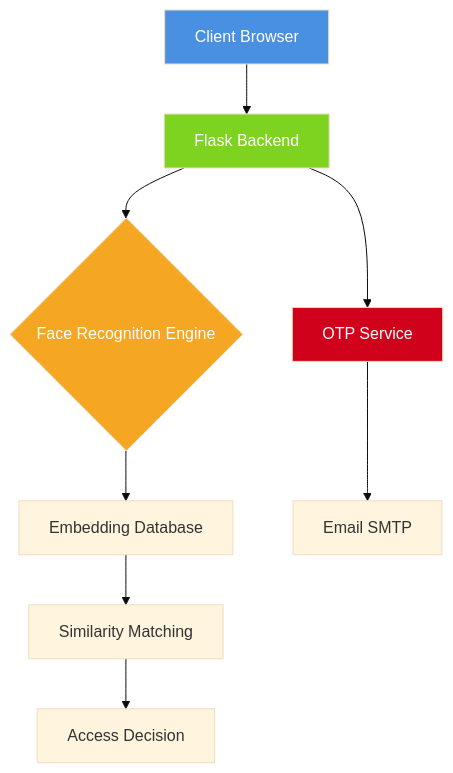
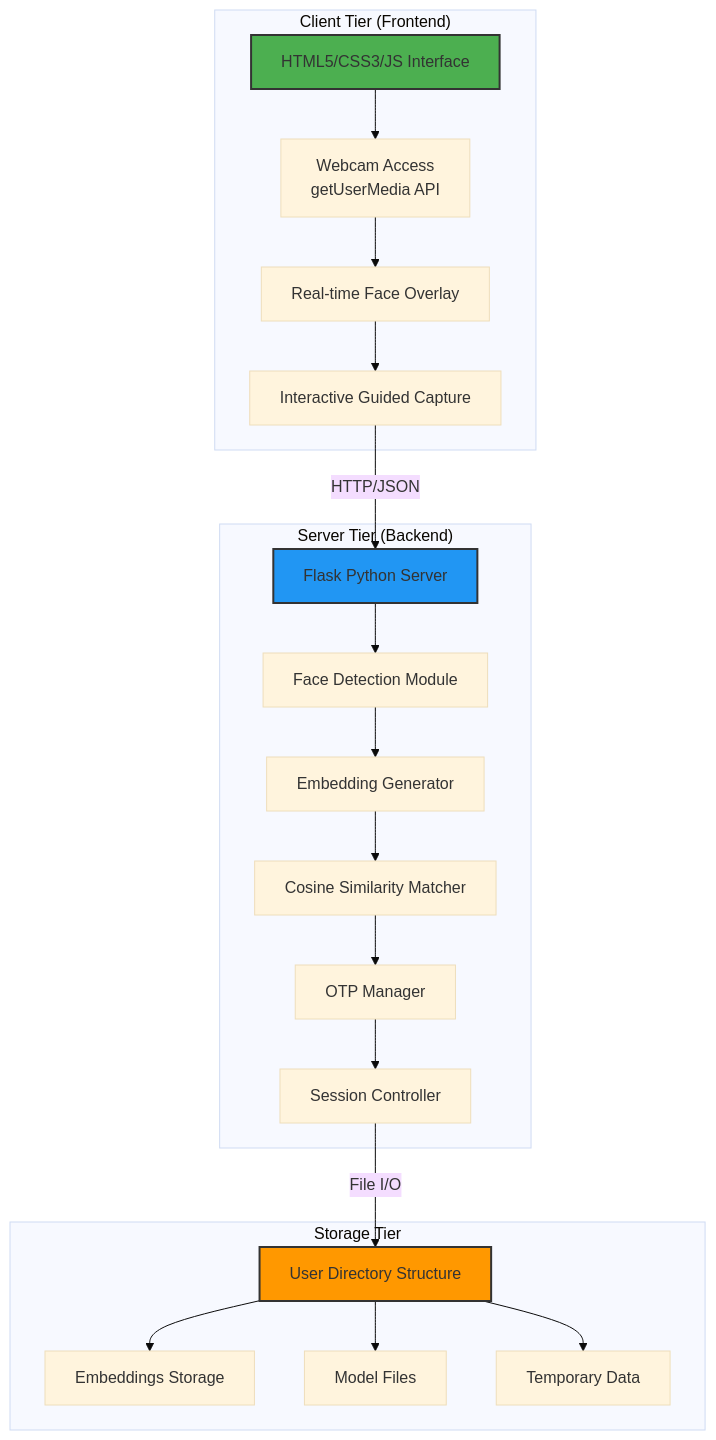
Before and after one commit to brainstationcyberhub-coder/facesignin: the second of 8 diagrams in README.md, drawn with Mermaid (base theme). The commit also changed other lines of this file, not shown here.

````diff
--- a/README.md
+++ b/README.md
@@ -77,14 +42,29 @@
 ```mermaid
-graph TD
-    A[Client Browser] --> B[Flask Backend];
-    B --> C{Face Recognition Engine};
-    B --> D[OTP Service];
-    C --> E[Embedding Database];
-    D --> F[Email SMTP];
-    E --> G[Similarity Matching];
-    G --> H[Access Decision];
-    style A fill:#4A90E2,color:#fff
-    style B fill:#7ED321,color:#fff
-    style C fill:#F5A623,color:#fff
-    style D fill:#D0021B,color:#fff
+graph TB
+    subgraph "Client Tier (Frontend)"
+        A[HTML5/CSS3/JS Interface] --> B[Webcam Access<br/>getUserMedia API]
+        B --> C[Real-time Face Overlay]
+        C --> D[Interactive Guided Capture]
+    end
+    
+    subgraph "Server Tier (Backend)"
+        E[Flask Python Server] --> F[Face Detection Module]
+        F --> G[Embedding Generator]
+        G --> H[Cosine Similarity Matcher]
+        H --> I[OTP Manager]
+        I --> J[Session Controller]
+    end
+    
+    subgraph "Storage Tier"
+        K[User Directory Structure] --> L[Embeddings Storage]
+        K --> M[Model Files]
+        K --> N[Temporary Data]
+    end
+    
+    D -- HTTP/JSON --> E
+    J -- File I/O --> K
+    
+    style A fill:#4CAF50,stroke:#333,stroke-width:2px
+    style E fill:#2196F3,stroke:#333,stroke-width:2px
+    style K fill:#FF9800,stroke:#333,stroke-width:2px
 ```
````
